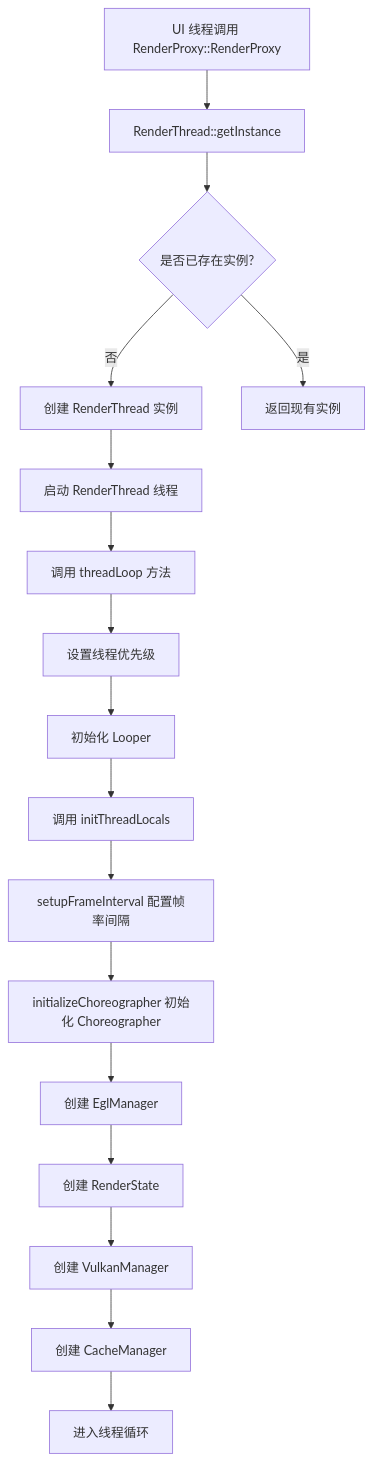
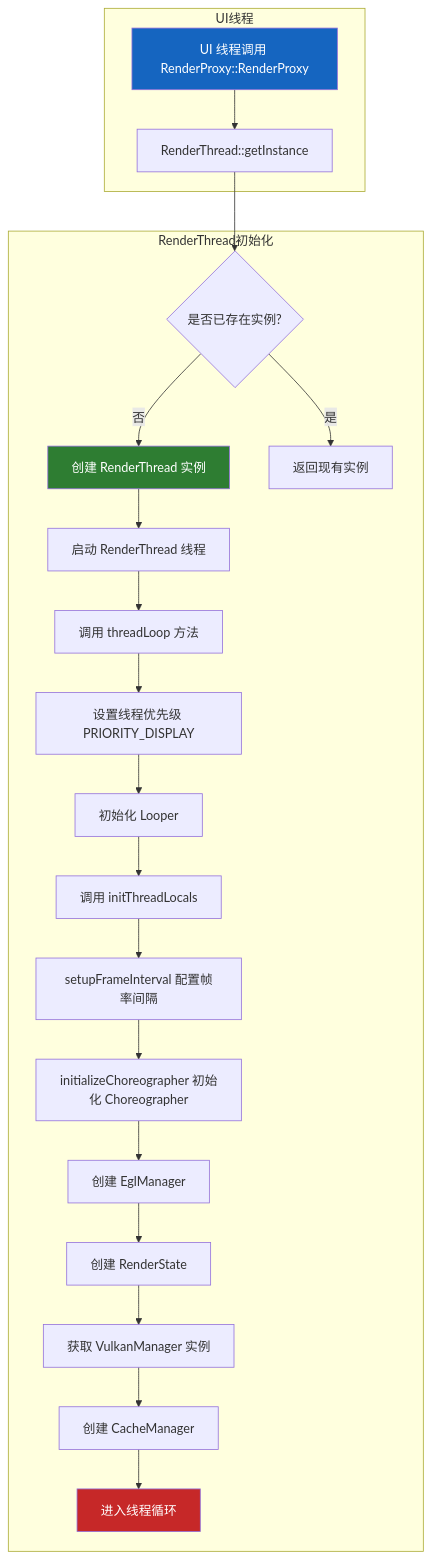
Before and after one commit to yuchuangu85/AOSP_Frameworks: the first of 6 diagrams in docs/RenderThread_Analysis.md, drawn with Mermaid. The commit also changed other lines of this file and 13 other files, not shown here.

````diff
--- a/docs/RenderThread_Analysis.md
+++ b/docs/RenderThread_Analysis.md
@@ -24,19 +53,28 @@
 ```mermaid
 flowchart TD
-    A[UI 线程调用 RenderProxy::RenderProxy] --> B[RenderThread::getInstance]
-    B --> C{是否已存在实例?}
-    C -->|否| D[创建 RenderThread 实例]
-    D --> E[启动 RenderThread 线程]
-    E --> F[调用 threadLoop 方法]
-    F --> G[设置线程优先级]
-    G --> H[初始化 Looper]
-    H --> I[调用 initThreadLocals]
-    I --> J[setupFrameInterval 配置帧率间隔]
-    J --> K[initializeChoreographer 初始化 Choreographer]
-    K --> L[创建 EglManager]
-    L --> M[创建 RenderState]
-    M --> N[创建 VulkanManager]
-    N --> O[创建 CacheManager]
-    O --> P[进入线程循环]
-    C -->|是| Q[返回现有实例]
+    subgraph "UI线程"
+        A[UI 线程调用 RenderProxy::RenderProxy] --> B[RenderThread::getInstance]
+    end
+    
+    subgraph "RenderThread初始化"
+        B --> C{是否已存在实例?}
+        C -->|否| D[创建 RenderThread 实例]
+        D --> E[启动 RenderThread 线程]
+        E --> F[调用 threadLoop 方法]
+        F --> G[设置线程优先级 PRIORITY_DISPLAY]
+        G --> H[初始化 Looper]
+        H --> I[调用 initThreadLocals]
+        I --> J[setupFrameInterval 配置帧率间隔]
+        J --> K[initializeChoreographer 初始化 Choreographer]
+        K --> L[创建 EglManager]
+        L --> M[创建 RenderState]
+        M --> N[获取 VulkanManager 实例]
+        N --> O[创建 CacheManager]
+        O --> P[进入线程循环]
+        C -->|是| Q[返回现有实例]
+    end
+    
+    style A fill:#1565c0,color:#fff
+    style D fill:#2e7d32,color:#fff
+    style P fill:#c62828,color:#fff
 ```
````
